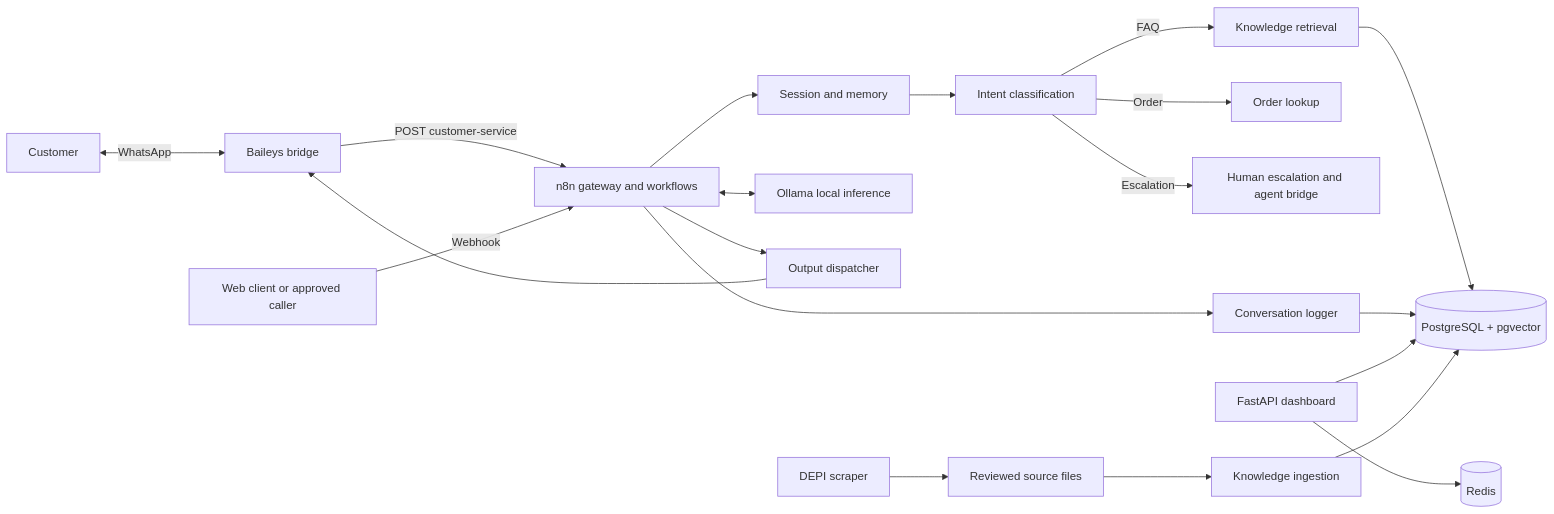
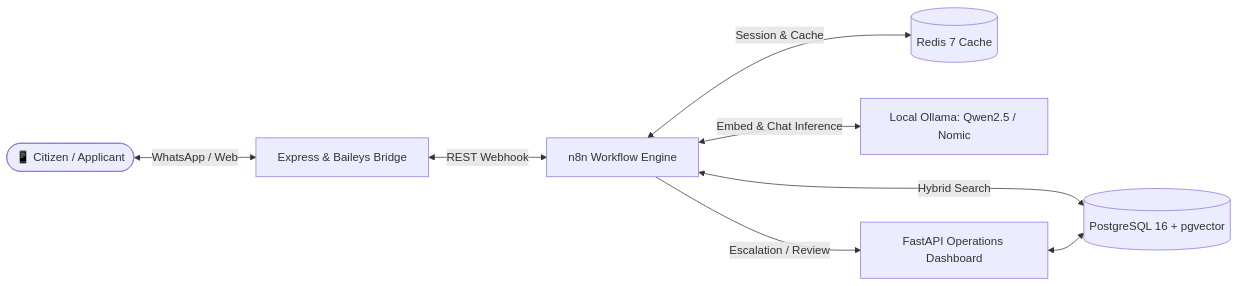
One commit to GhariebML/NexaServe changed the first of 2 diagrams in README.md. Above: the diagram before and after it, drawn with Mermaid. The commit also changed other lines of this file, not shown here.

Commit message:
docs: overhaul README with enterprise graphics, architecture pipelines, and full technical specifications

````diff
--- a/README.md
+++ b/README.md
@@ -74,22 +51,10 @@
 ```mermaid
 flowchart LR
-    Citizen[Customer] <-->|WhatsApp| WA[Baileys bridge]
-    WA -->|POST customer-service| N8N[n8n gateway and workflows]
-    Client[Web client or approved caller] -->|Webhook| N8N
-    N8N --> Session[Session and memory]
-    Session --> Intent[Intent classification]
-    Intent -->|FAQ| RAG[Knowledge retrieval]
-    Intent -->|Order| Order[Order lookup]
-    Intent -->|Escalation| HITL[Human escalation and agent bridge]
-    RAG --> PG[(PostgreSQL + pgvector)]
-    N8N <--> Ollama[Ollama local inference]
-    N8N --> Output[Output dispatcher]
-    Output --> WA
-    N8N --> Logger[Conversation logger]
-    Logger --> PG
-    Dashboard[FastAPI dashboard] --> PG
-    Dashboard --> Redis[(Redis)]
-    Scraper[DEPI scraper] --> Source[Reviewed source files]
-    Source --> Ingest[Knowledge ingestion]
-    Ingest --> PG
+    Citizen([📱 Citizen / Applicant]) <-->|WhatsApp / Web| GW[Express & Baileys Bridge]
+    GW <-->|REST Webhook| Orchestrator[n8n Workflow Engine]
+    Orchestrator <-->|Session & Cache| Redis[(Redis 7 Cache)]
+    Orchestrator <-->|Hybrid Search| PG[(PostgreSQL 16 + pgvector)]
+    Orchestrator <-->|Embed & Chat Inference| Ollama[Local Ollama: Qwen2.5 / Nomic]
+    Orchestrator -->|Escalation / Review| HITL[FastAPI Operations Dashboard]
+    HITL <--> PG
 ```
````
